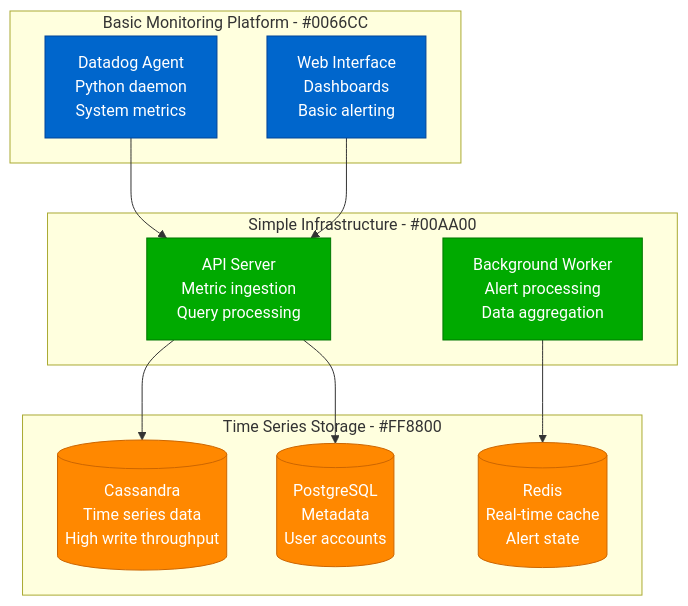
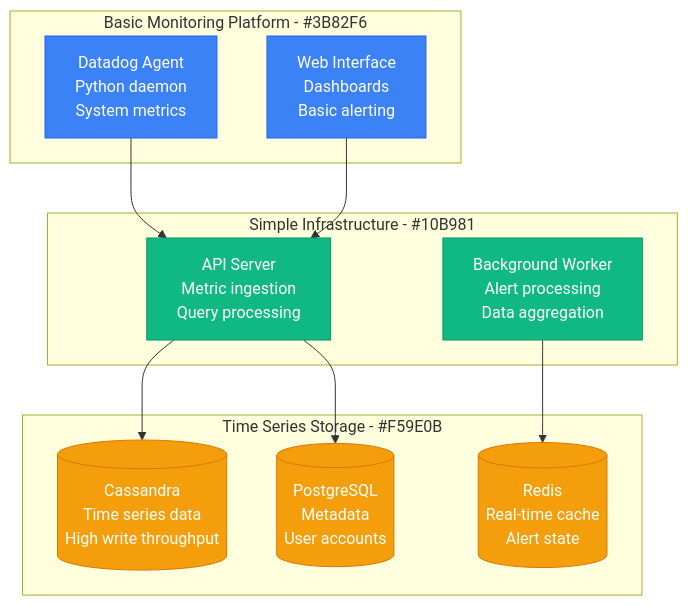
Before and after one commit to deepaucksharma/DS: the first of 3 diagrams in site/docs/scaling/datadog-scale-evolution.md, drawn with Mermaid. The commit also changed other lines of this file and 187 other files, not shown here.

````diff
--- a/site/docs/scaling/datadog-scale-evolution.md
+++ b/site/docs/scaling/datadog-scale-evolution.md
@@ -19,32 +19,32 @@
 ```mermaid
 graph TB
-    subgraph BasicMonitoring[Basic Monitoring Platform - #0066CC]
+    subgraph BasicMonitoring[Basic Monitoring Platform - #3B82F6]
         AGENT[Datadog Agent<br/>Python daemon<br/>System metrics]
         WEB_UI[Web Interface<br/>Dashboards<br/>Basic alerting]
     end
 
-    subgraph SimpleInfra[Simple Infrastructure - #00AA00]
+    subgraph SimpleInfra[Simple Infrastructure - #10B981]
         API_SERVER[API Server<br/>Metric ingestion<br/>Query processing]
         WORKER[Background Worker<br/>Alert processing<br/>Data aggregation]
     end
 
-    subgraph TimeSeriesData[Time Series Storage - #FF8800]
+    subgraph TimeSeriesData[Time Series Storage - #F59E0B]
         CASSANDRA[(Cassandra<br/>Time series data<br/>High write throughput)]
         REDIS[(Redis<br/>Real-time cache<br/>Alert state)]
         POSTGRES[(PostgreSQL<br/>Metadata<br/>User accounts)]
     end
 
     AGENT --> API_SERVER
     WEB_UI --> API_SERVER
     API_SERVER --> CASSANDRA
     WORKER --> REDIS
     API_SERVER --> POSTGRES
 
-    classDef monitoringStyle fill:#0066CC,stroke:#004499,color:#fff
-    classDef infraStyle fill:#00AA00,stroke:#007700,color:#fff
-    classDef dataStyle fill:#FF8800,stroke:#CC6600,color:#fff
+    classDef monitoringStyle fill:#3B82F6,stroke:#2563EB,color:#fff
+    classDef infraStyle fill:#10B981,stroke:#059669,color:#fff
+    classDef dataStyle fill:#F59E0B,stroke:#D97706,color:#fff
 
     class AGENT,WEB_UI monitoringStyle
     class API_SERVER,WORKER infraStyle
     class CASSANDRA,REDIS,POSTGRES dataStyle
 ```
````
